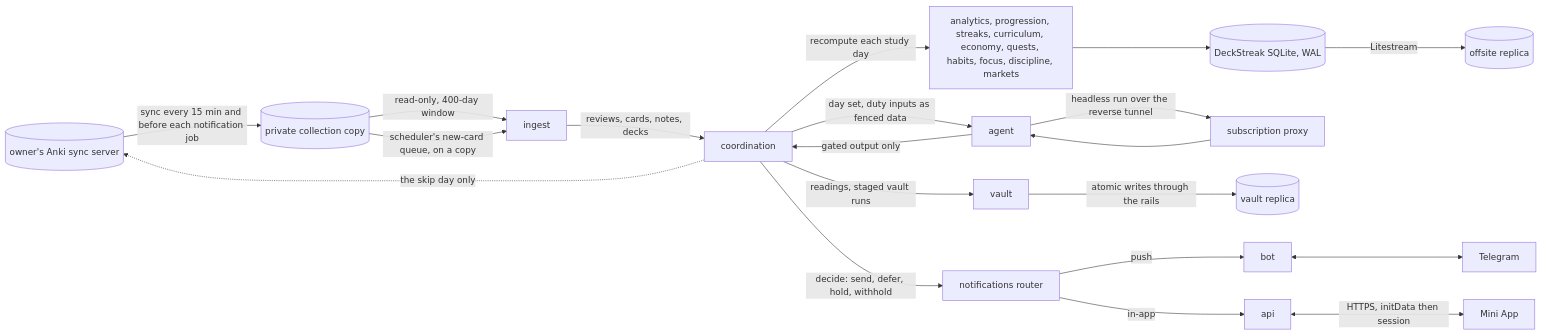
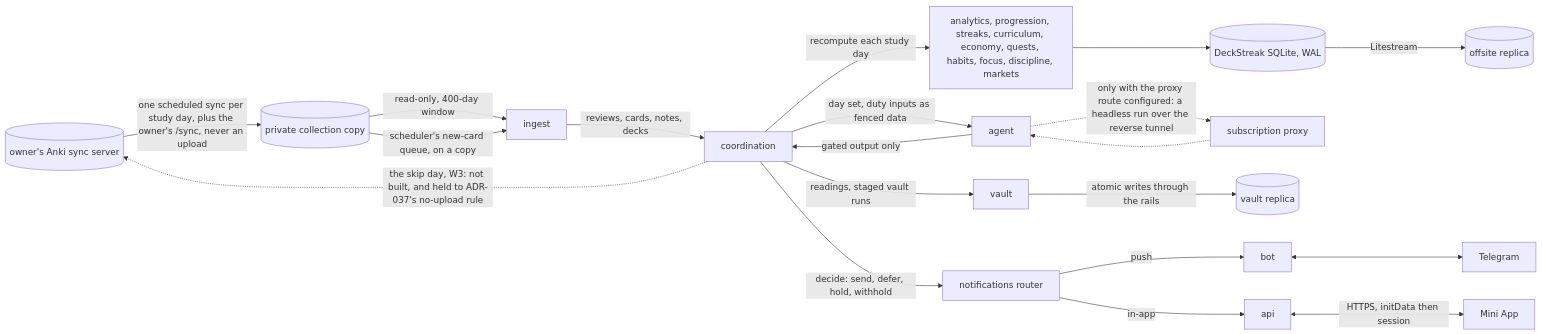
Before and after one commit to RexRenatus/deck-streak: the diagram in docs/schematics/data-flow.md, drawn with Mermaid. The commit also changed other lines of this file and 30 other files, not shown here.

````diff
--- a/docs/schematics/data-flow.md
+++ b/docs/schematics/data-flow.md
@@ -7,22 +8,22 @@
 ```mermaid
 flowchart LR
-  server[(owner's Anki sync server)] -->|sync every 15 min and before each notification job| copy[(private collection copy)]
+  server[(owner's Anki sync server)] -->|one scheduled sync per study day, plus the owner's /sync, never an upload| copy[(private collection copy)]
   copy -->|read-only, 400-day window| ingest
   copy -->|scheduler's new-card queue, on a copy| ingest
   ingest -->|reviews, cards, notes, decks| coordination
   coordination -->|recompute each study day| domain[analytics, progression, streaks, curriculum, economy, quests, habits, focus, discipline, markets]
   domain --> db[(DeckStreak SQLite, WAL)]
   db -->|Litestream| replica[(offsite replica)]
   coordination -->|day set, duty inputs as fenced data| agent
-  agent -->|headless run over the reverse tunnel| proxy[subscription proxy]
-  proxy --> agent
+  agent -.->|only with the proxy route configured: a headless run over the reverse tunnel| proxy[subscription proxy]
+  proxy -.-> agent
   agent -->|gated output only| coordination
   coordination -->|readings, staged vault runs| vault
   vault -->|atomic writes through the rails| replicaVault[(vault replica)]
   coordination -->|decide: send, defer, hold, withhold| router[notifications router]
   router -->|push| bot
   router -->|in-app| api
   bot <--> telegram[Telegram]
   api <-->|HTTPS, initData then session| miniapp[Mini App]
-  coordination -.->|the skip day only| server
+  coordination -.->|the skip day, W3: not built, and held to ADR-037's no-upload rule| server
 ```
````
